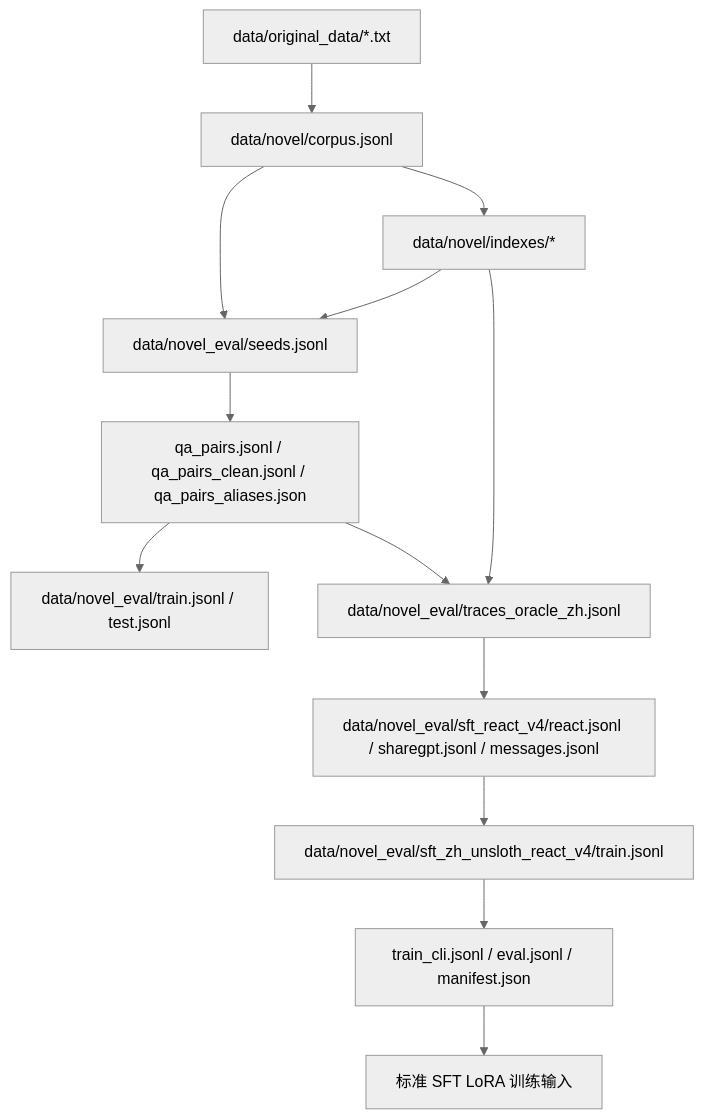
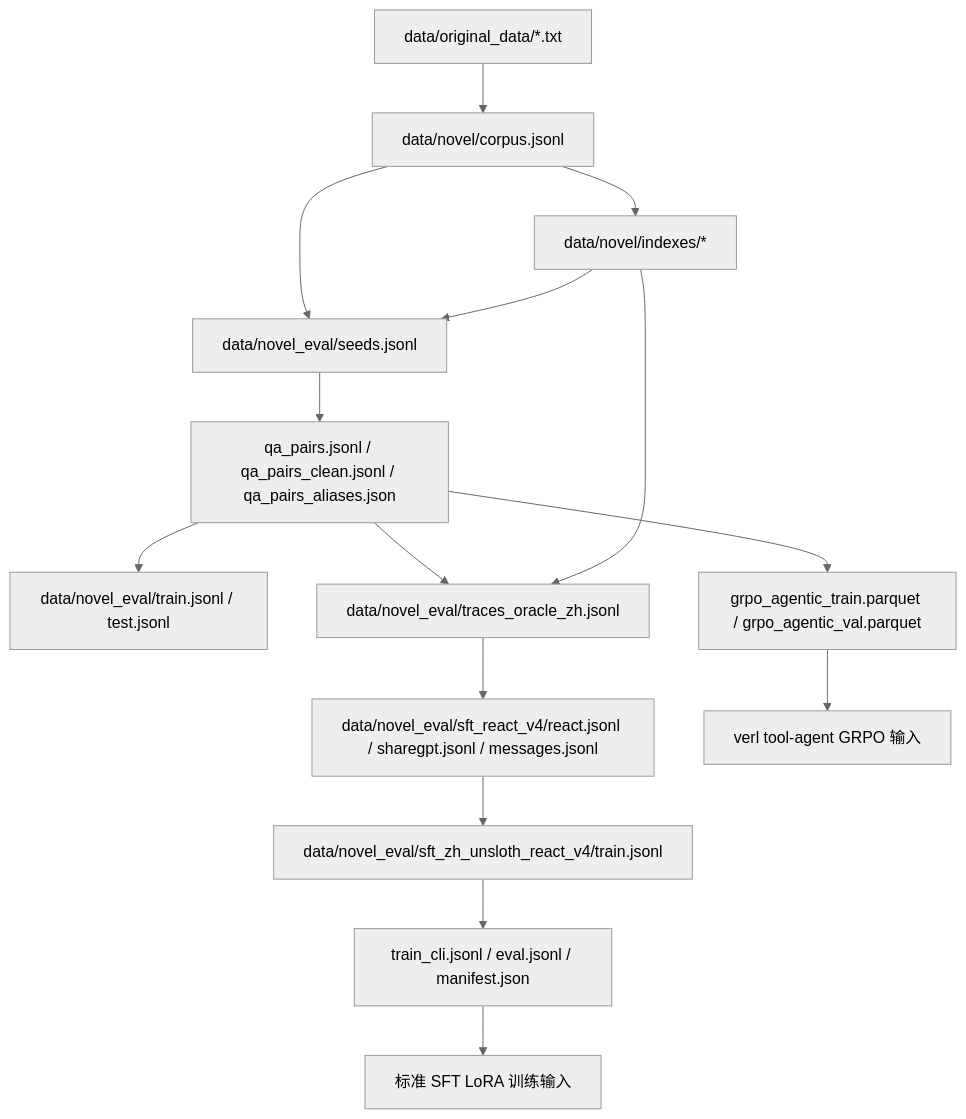
One commit to Lafinger/AgenticRAG-RL changed the diagram in demo/docs/数据流.md. Above: the diagram before and after it, drawn with Mermaid (neutral theme). The commit also changed other lines of this file and 26 other files, not shown here.

````diff
--- a/demo/docs/数据流.md
+++ b/demo/docs/数据流.md
@@ -7,15 +7,17 @@
 ```mermaid
 flowchart TD
     A["data/original_data/*.txt"] --> B["data/novel/corpus.jsonl"]
     B --> C["data/novel/indexes/*"]
     B --> D["data/novel_eval/seeds.jsonl"]
     C --> D
     D --> E["qa_pairs.jsonl / qa_pairs_clean.jsonl / qa_pairs_aliases.json"]
     E --> F["data/novel_eval/train.jsonl / test.jsonl"]
     E --> G["data/novel_eval/traces_oracle_zh.jsonl"]
     C --> G
     G --> H["data/novel_eval/sft_react_v4/react.jsonl / sharegpt.jsonl / messages.jsonl"]
     H --> I["data/novel_eval/sft_zh_unsloth_react_v4/train.jsonl"]
     I --> J["train_cli.jsonl / eval.jsonl / manifest.json"]
     J --> K["标准 SFT LoRA 训练输入"]
+    E --> L["grpo_agentic_train.parquet / grpo_agentic_val.parquet"]
+    L --> M["verl tool-agent GRPO 输入"]
 ```
````
